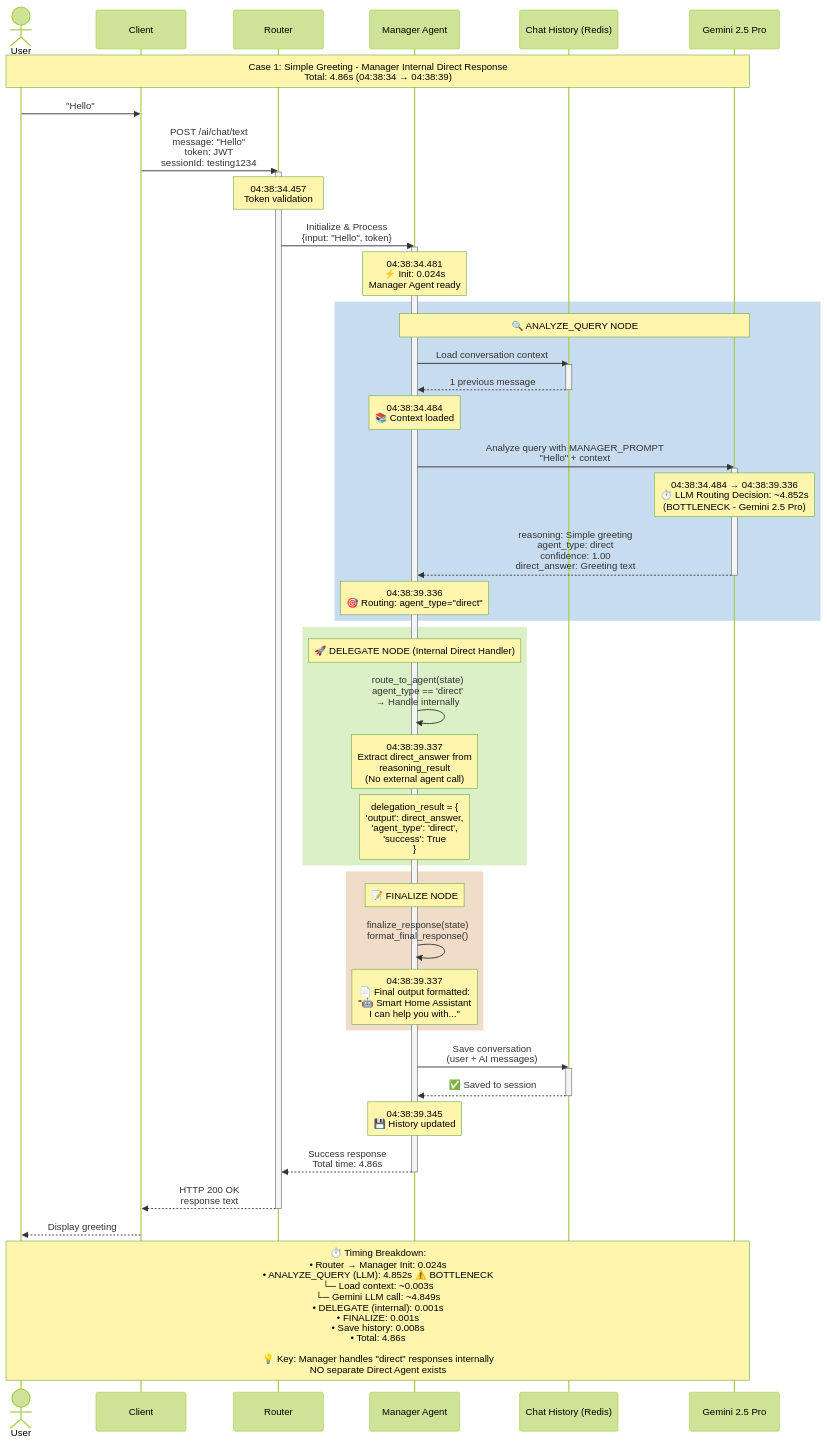
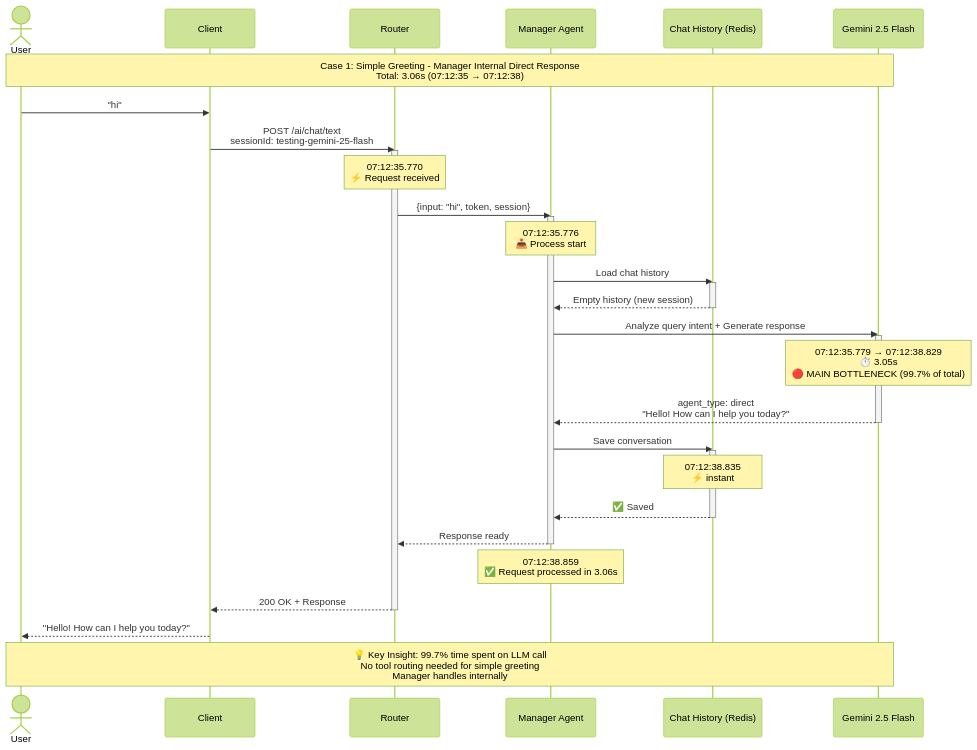
One commit to BaoBao112233/MAS-Planning changed the diagram in docs/diagrams/sequence_Case1.mmd. Above: the diagram before and after it, drawn with Mermaid (forest theme). The commit also changed 37 other files, not shown here.

Commit message:
[Updated] Diagrams Gemini 2.5 Flash

```diff
--- a/docs/diagrams/sequence_Case1.mmd
+++ b/docs/diagrams/sequence_Case1.mmd
@@ -1,64 +1,47 @@
 sequenceDiagram
     actor User
     participant Client
     participant Router
     participant Manager as Manager Agent
     participant Redis as Chat History (Redis)
-    participant LLM as Gemini 2.5 Pro
+    participant LLM as Gemini 2.5 Flash
 
-    Note over User,LLM: Case 1: Simple Greeting - Manager Internal Direct Response<br/>Total: 4.86s (04:38:34 → 04:38:39)
+    Note over User,LLM: Case 1: Simple Greeting - Manager Internal Direct Response<br/>Total: 3.06s (07:12:35 → 07:12:38)
 
     %% Request Phase
-    User->>Client: "Hello"
-    Client->>Router: POST /ai/chat/text<br/>message: "Hello"<br/>token: JWT<br/>sessionId: testing1234
+    User->>Client: "hi"
+    Client->>Router: POST /ai/chat/text<br/>sessionId: testing-gemini-25-flash
     activate Router
-    Note over Router: 04:38:34.457<br/>Token validation
-
-    %% Manager Initialization
-    Router->>Manager: Initialize & Process<br/>{input: "Hello", token}
+    Note over Router: 07:12:35.770<br/>⚡ Request received
+    
+    Router->>Manager: {input: "hi", token, session}
     activate Manager
-    Note over Manager: 04:38:34.481<br/>⚡ Init: 0.024s<br/>Manager Agent ready
+    Note over Manager: 07:12:35.776<br/>📥 Process start
     
-    rect rgb(200, 220, 240)
-        Note over Manager,LLM: 🔍 ANALYZE_QUERY NODE
-        Manager->>Redis: Load conversation context
-        activate Redis
-        Redis-->>Manager: 1 previous message
-        deactivate Redis
-        Note over Manager: 04:38:34.484<br/>📚 Context loaded
-
-        Manager->>LLM: Analyze query with MANAGER_PROMPT<br/>"Hello" + context
-        activate LLM
-        Note over LLM: 04:38:34.484 → 04:38:39.336<br/>⏱️ LLM Routing Decision: ~4.852s<br/>(BOTTLENECK - Gemini 2.5 Pro)
-        LLM-->>Manager: reasoning: Simple greeting<br/>agent_type: direct<br/>confidence: 1.00<br/>direct_answer: Greeting text
-        deactivate LLM
-        Note over Manager: 04:38:39.336<br/>🎯 Routing: agent_type="direct"
-    end
-
-    rect rgb(220, 240, 200)
-        Note over Manager: 🚀 DELEGATE NODE (Internal Direct Handler)
-        Manager->>Manager: route_to_agent(state)<br/>agent_type == 'direct'<br/>→ Handle internally
-        Note over Manager: 04:38:39.337<br/>Extract direct_answer from<br/>reasoning_result<br/>(No external agent call)
-        Note over Manager: delegation_result = {<br/>  'output': direct_answer,<br/>  'agent_type': 'direct',<br/>  'success': True<br/>}
-    end
-
-    rect rgb(240, 220, 200)
-        Note over Manager: 📝 FINALIZE NODE
-        Manager->>Manager: finalize_response(state)<br/>format_final_response()
-        Note over Manager: 04:38:39.337<br/>📄 Final output formatted:<br/>"🤖 Smart Home Assistant<br/>I can help you with..."
-    end
-
-    Manager->>Redis: Save conversation<br/>(user + AI messages)
+    %% Manager Agent Decision
+    Manager->>Redis: Load chat history
     activate Redis
-    Redis-->>Manager: ✅ Saved to session
+    Redis-->>Manager: Empty history (new session)
     deactivate Redis
-    Note over Manager: 04:38:39.345<br/>💾 History updated
-
-    Manager-->>Router: Success response<br/>Total time: 4.86s
+    
+    Manager->>LLM: Analyze query intent + Generate response
+    activate LLM
+    Note over LLM: 07:12:35.779 → 07:12:38.829<br/>⏱️ 3.05s<br/>🔴 MAIN BOTTLENECK (99.7% of total)
+    LLM-->>Manager: agent_type: direct<br/>"Hello! How can I help you today?"
+    deactivate LLM
+    
+    Manager->>Redis: Save conversation
+    activate Redis
+    Note over Redis: 07:12:38.835<br/>⚡ instant
+    Redis-->>Manager: ✅ Saved
+    deactivate Redis
+    
+    Manager-->>Router: Response ready
     deactivate Manager
-    Router-->>Client: HTTP 200 OK<br/>response text
+    Note over Manager: 07:12:38.859<br/>✅ Request processed in 3.06s
+    
+    Router-->>Client: 200 OK + Response
     deactivate Router
-    Client-->>User: Display greeting
-
-    %% Timing Breakdown
-    Note over User,LLM: ⏱️ Timing Breakdown:<br/>• Router → Manager Init: 0.024s<br/>• ANALYZE_QUERY (LLM): 4.852s ⚠️ BOTTLENECK<br/>  └─ Load context: ~0.003s<br/>  └─ Gemini LLM call: ~4.849s<br/>• DELEGATE (internal): 0.001s<br/>• FINALIZE: 0.001s<br/>• Save history: 0.008s<br/>• Total: 4.86s<br/><br/>💡 Key: Manager handles "direct" responses internally<br/>NO separate Direct Agent exists
+    Client-->>User: "Hello! How can I help you today?"
+    
+    Note over User,LLM: 💡 Key Insight: 99.7% time spent on LLM call<br/>No tool routing needed for simple greeting<br/>Manager handles internally
```
